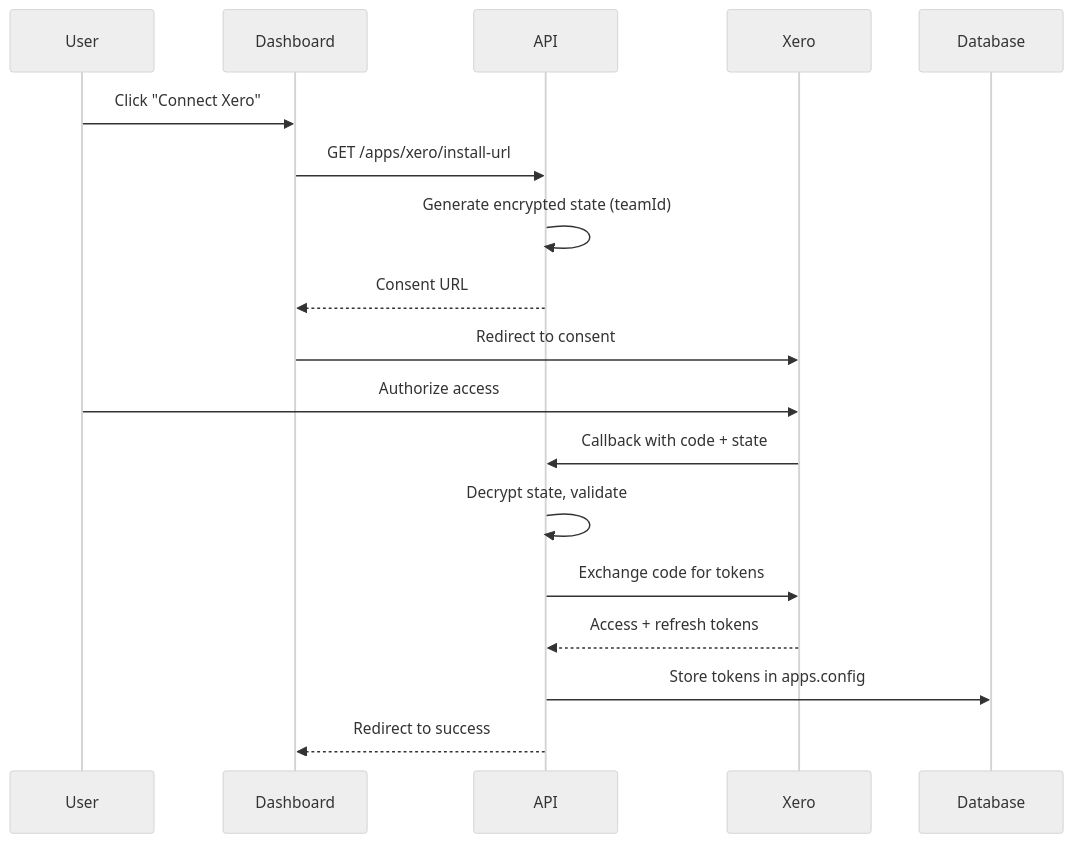
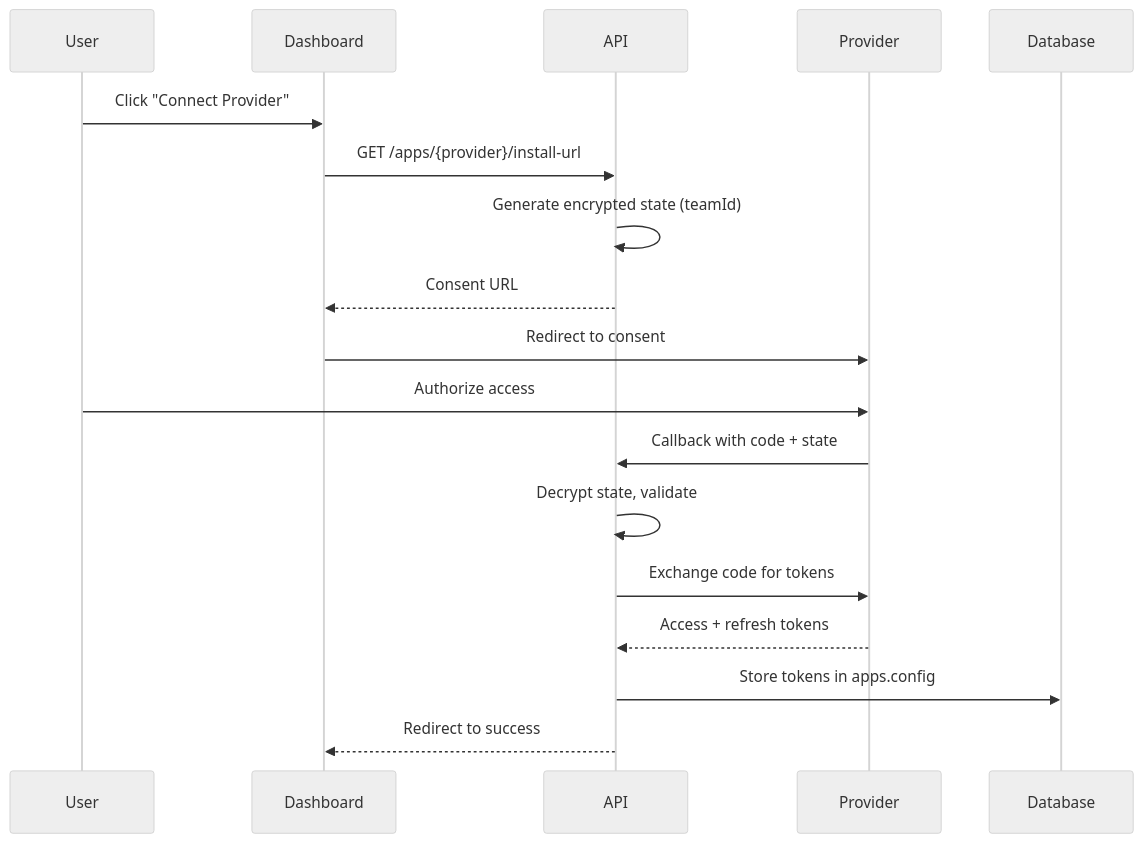
One commit to midday-ai/midday changed the third of 6 diagrams in packages/accounting/README.md. Above: the diagram before and after it, drawn with Mermaid (neutral theme). The commit also changed other lines of this file and 29 other files, not shown here.

````diff
--- a/packages/accounting/README.md
+++ b/packages/accounting/README.md
@@ -173,21 +172,21 @@
 ```mermaid
 sequenceDiagram
     participant User
     participant Dashboard
     participant API
-    participant Xero
+    participant Provider
     participant Database
 
-    User->>Dashboard: Click "Connect Xero"
-    Dashboard->>API: GET /apps/xero/install-url
+    User->>Dashboard: Click "Connect Provider"
+    Dashboard->>API: GET /apps/{provider}/install-url
     API->>API: Generate encrypted state (teamId)
     API-->>Dashboard: Consent URL
-    Dashboard->>Xero: Redirect to consent
-    User->>Xero: Authorize access
-    Xero->>API: Callback with code + state
+    Dashboard->>Provider: Redirect to consent
+    User->>Provider: Authorize access
+    Provider->>API: Callback with code + state
     API->>API: Decrypt state, validate
-    API->>Xero: Exchange code for tokens
-    Xero-->>API: Access + refresh tokens
+    API->>Provider: Exchange code for tokens
+    Provider-->>API: Access + refresh tokens
     API->>Database: Store tokens in apps.config
     API-->>Dashboard: Redirect to success
 ```
````
